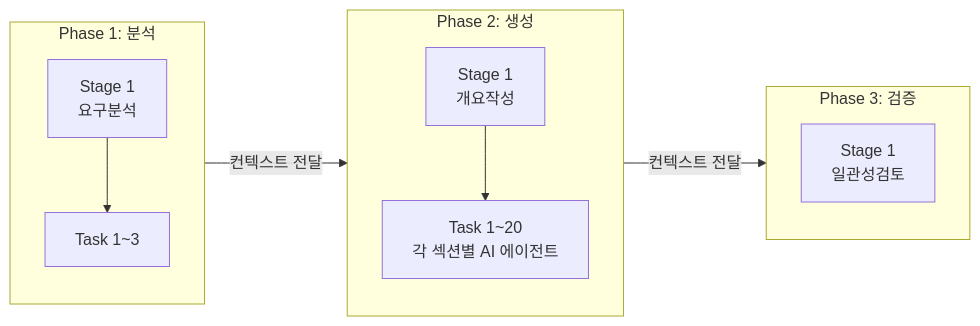
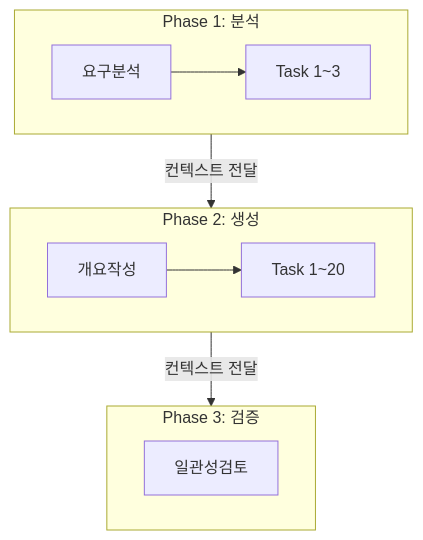
The second of 3 diagrams in output/종합_김성식.md (menaje/profile), drawn with Mermaid before and after one commit. The commit also changed 1 other file, not shown here.

Commit message:
style: 가로형 다이어그램을 세로형으로 변경

````diff
--- a/output/종합_김성식.md
+++ b/output/종합_김성식.md
@@ -234,20 +234,18 @@
 ```mermaid
-flowchart LR
+flowchart TB
     subgraph Phase1["Phase 1: 분석"]
-        S1_1["Stage 1<br/>요구분석"]
-        T1["Task 1~3"]
-        S1_1 --> T1
+        S1_1["요구분석"] --> T1["Task 1~3"]
     end
 
+    Phase1 -->|컨텍스트 전달| Phase2
+
     subgraph Phase2["Phase 2: 생성"]
-        S2_1["Stage 1<br/>개요작성"]
-        T2["Task 1~20<br/>각 섹션별 AI 에이전트"]
-        S2_1 --> T2
+        S2_1["개요작성"] --> T2["Task 1~20"]
     end
 
+    Phase2 -->|컨텍스트 전달| Phase3
+
     subgraph Phase3["Phase 3: 검증"]
-        S3_1["Stage 1<br/>일관성검토"]
+        S3_1["일관성검토"]
     end
-
-    Phase1 -->|컨텍스트 전달| Phase2 -->|컨텍스트 전달| Phase3
 ```
````
